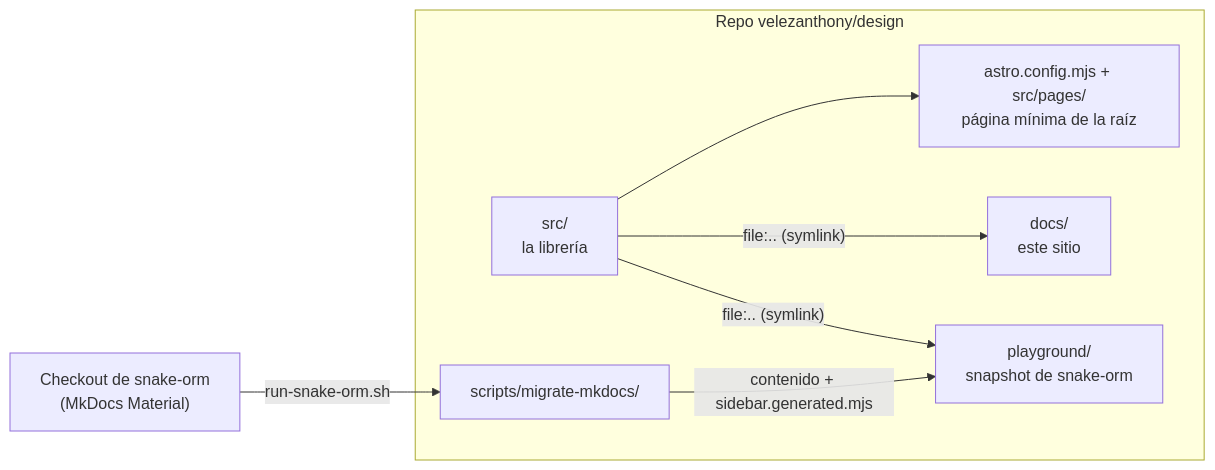
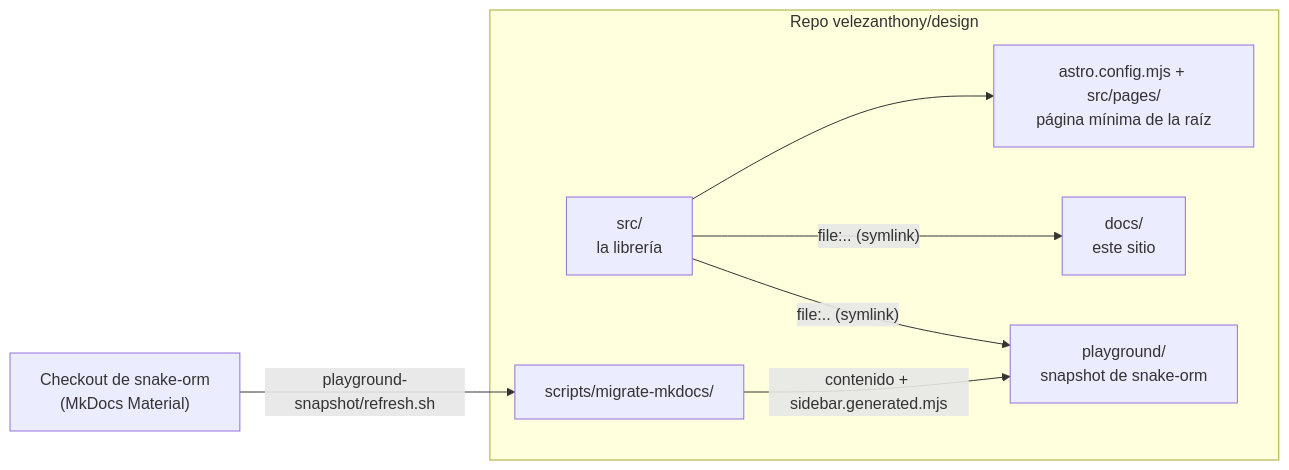
One commit to velezanthony/design changed the diagram in docs/src/content/docs/arquitectura/herramientas.md. Above: the diagram before and after it, drawn with Mermaid. The commit also changed other lines of this file and 2 other files, not shown here.

````diff
--- a/docs/src/content/docs/arquitectura/herramientas.md
+++ b/docs/src/content/docs/arquitectura/herramientas.md
@@ -13,15 +13,15 @@
 ```mermaid
 flowchart LR
   subgraph repo["Repo velezanthony/design"]
     src["src/<br/>la librería"]
     root["astro.config.mjs + src/pages/<br/>página mínima de la raíz"]
     pg["playground/<br/>snapshot de snake-orm"]
     dc["docs/<br/>este sitio"]
     mig["scripts/migrate-mkdocs/"]
   end
-  snake["Checkout de snake-orm<br/>(MkDocs Material)"] -->|"run-snake-orm.sh"| mig
+  snake["Checkout de snake-orm<br/>(MkDocs Material)"] -->|"playground-snapshot/refresh.sh"| mig
   mig -->|"contenido + sidebar.generated.mjs"| pg
   src -->|"file:.. (symlink)"| pg
   src -->|"file:.. (symlink)"| dc
   src --> root
 ```
````
